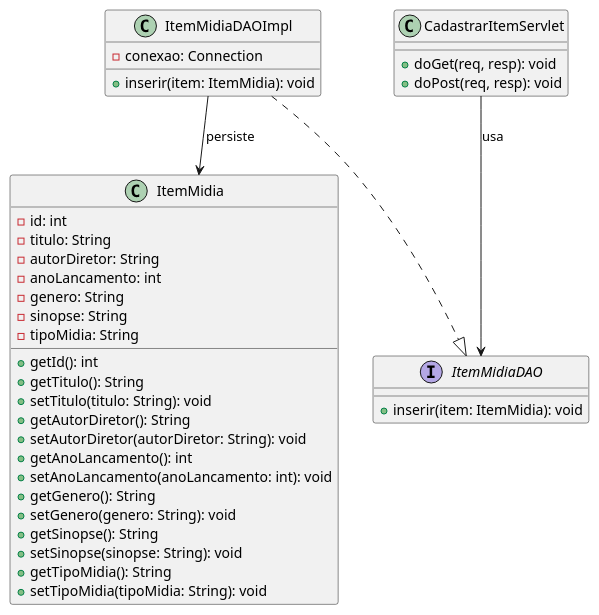
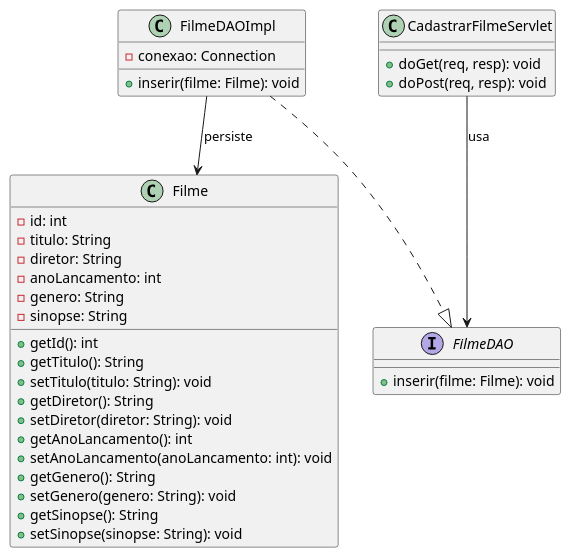
The diagram in docs/modelagem/diagrama-classes-geral.puml (0xgabinio/Projeto_Java), drawn with PlantUML before and after one commit. The commit also changed 8 other files, not shown here.

First line of the commit message:
refactor: specialize catalog to cinema theme (ItemMidia -> Filme)

```diff
--- a/docs/modelagem/diagrama-classes-geral.puml
+++ b/docs/modelagem/diagrama-classes-geral.puml
@@ -1,47 +1,44 @@
 @startuml diagrama-classes-geral
-' Diagrama de classes consolidado do Catálogo Simples de Livros/Filmes.
+' Diagrama de classes consolidado do Catálogo Simples de Filmes.
 ' Acumulado incrementalmente pela skill modelar-uml a cada spec modelada.
-' Origem desta versão: specs/cadastrar-item.md.
+' Origem desta versão: specs/cadastrar-filme.md.
 
-class ItemMidia {
+class Filme {
   -id: int
   -titulo: String
-  -autorDiretor: String
+  -diretor: String
   -anoLancamento: int
   -genero: String
   -sinopse: String
-  -tipoMidia: String
   +getId(): int
   +getTitulo(): String
   +setTitulo(titulo: String): void
-  +getAutorDiretor(): String
-  +setAutorDiretor(autorDiretor: String): void
+  +getDiretor(): String
+  +setDiretor(diretor: String): void
   +getAnoLancamento(): int
   +setAnoLancamento(anoLancamento: int): void
   +getGenero(): String
   +setGenero(genero: String): void
   +getSinopse(): String
   +setSinopse(sinopse: String): void
-  +getTipoMidia(): String
-  +setTipoMidia(tipoMidia: String): void
 }
 
-interface ItemMidiaDAO {
-  +inserir(item: ItemMidia): void
+interface FilmeDAO {
+  +inserir(filme: Filme): void
 }
 
-class ItemMidiaDAOImpl {
+class FilmeDAOImpl {
   -conexao: Connection
-  +inserir(item: ItemMidia): void
+  +inserir(filme: Filme): void
 }
 
-class CadastrarItemServlet {
+class CadastrarFilmeServlet {
   +doGet(req, resp): void
   +doPost(req, resp): void
 }
 
-ItemMidiaDAOImpl ..|> ItemMidiaDAO
-CadastrarItemServlet --> ItemMidiaDAO : usa
-ItemMidiaDAOImpl --> ItemMidia : persiste
+FilmeDAOImpl ..|> FilmeDAO
+CadastrarFilmeServlet --> FilmeDAO : usa
+FilmeDAOImpl --> Filme : persiste
 
 @enduml
```
